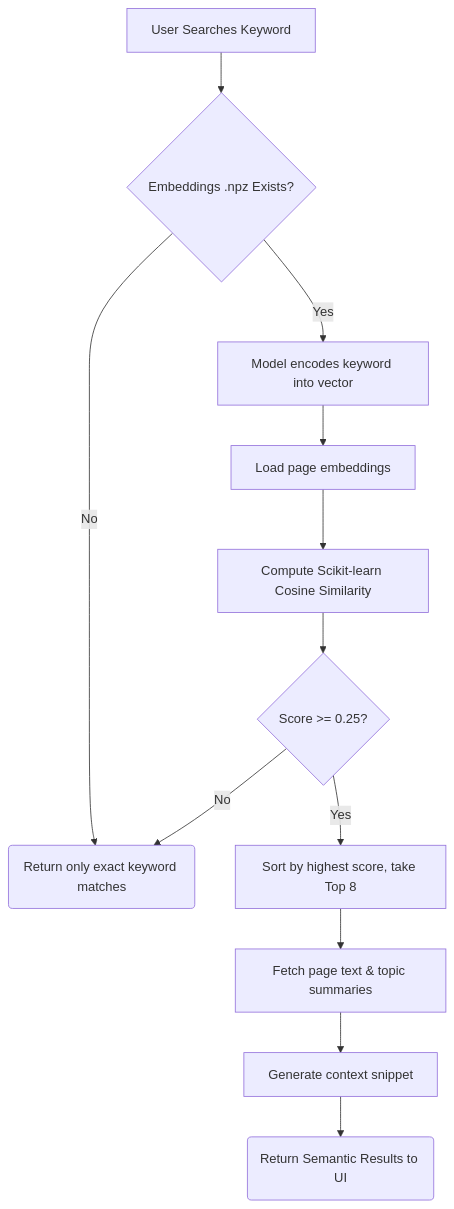
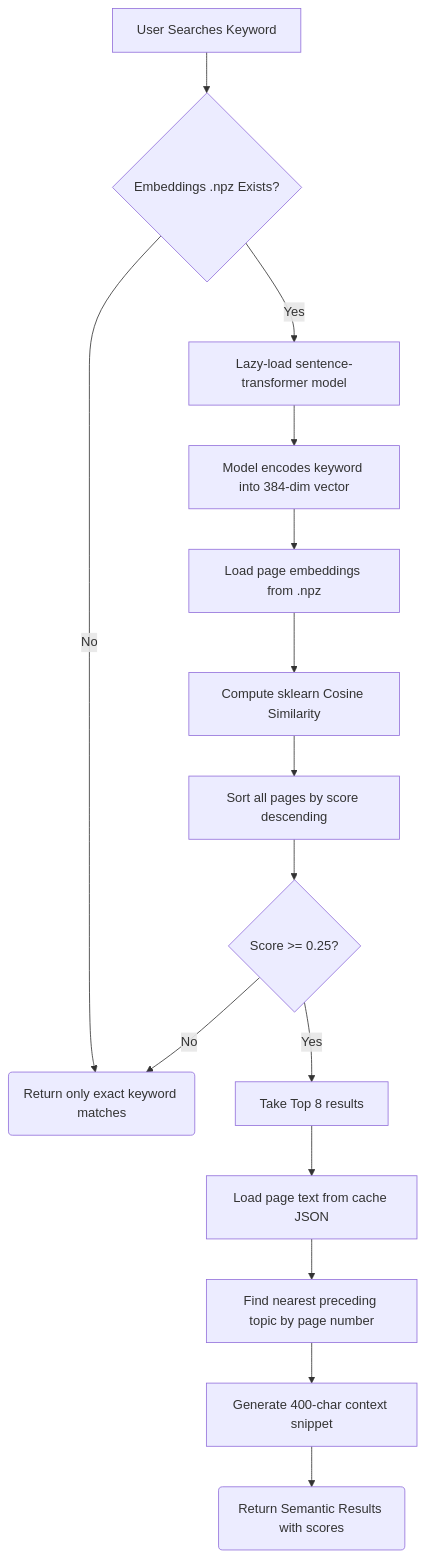
The ninth of 10 diagrams in README.md (venkatesh-0910/fileSearchEngine), drawn with Mermaid before and after one commit. The commit also changed other lines of this file, not shown here.

````diff
--- a/README.md
+++ b/README.md
@@ -326,14 +789,17 @@
 ```mermaid
 flowchart TD
     Start[User Searches Keyword] --> CheckNPZ{Embeddings .npz Exists?}
-    CheckNPZ -- No --> ExactMatch(Return only exact keyword matches)
-    CheckNPZ -- Yes --> TransformQuery[Model encodes keyword into vector]
-    TransformQuery --> LoadNPZ[Load page embeddings]
-    LoadNPZ --> CosineSim[Compute Scikit-learn Cosine Similarity]
-    CosineSim --> Threshold{"Score >= 0.25?"}
-    Threshold -- No --> ExactMatch
-    Threshold -- Yes --> TopK["Sort by highest score, take Top 8"]
-    TopK --> JoinText[Fetch page text & topic summaries]
-    JoinText --> Highlight[Generate context snippet]
-    Highlight --> Return(Return Semantic Results to UI)
+    CheckNPZ -- No --> ExactOnly(Return only exact keyword matches)
+    CheckNPZ -- Yes --> LoadModel[Lazy-load sentence-transformer model]
+    LoadModel --> TransformQuery[Model encodes keyword into 384-dim vector]
+    TransformQuery --> LoadNPZ[Load page embeddings from .npz]
+    LoadNPZ --> CosineSim[Compute sklearn Cosine Similarity]
+    CosineSim --> Sort[Sort all pages by score descending]
+    Sort --> Threshold{"Score >= 0.25?"}
+    Threshold -- No --> ExactOnly
+    Threshold -- Yes --> TopK["Take Top 8 results"]
+    TopK --> LoadText[Load page text from cache JSON]
+    LoadText --> FindTopic[Find nearest preceding topic by page number]
+    FindTopic --> BuildSnippet[Generate 400-char context snippet]
+    BuildSnippet --> Return(Return Semantic Results with scores)
 ```
````
